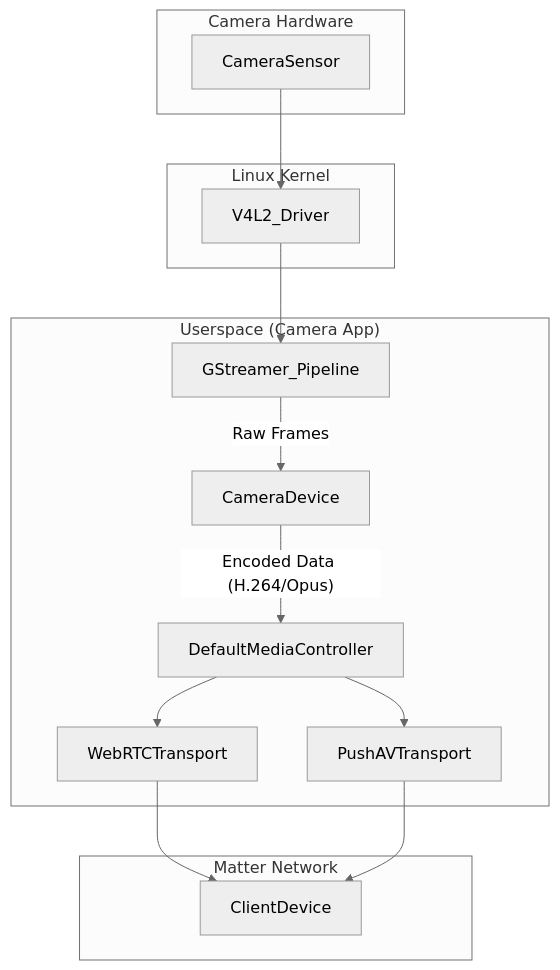
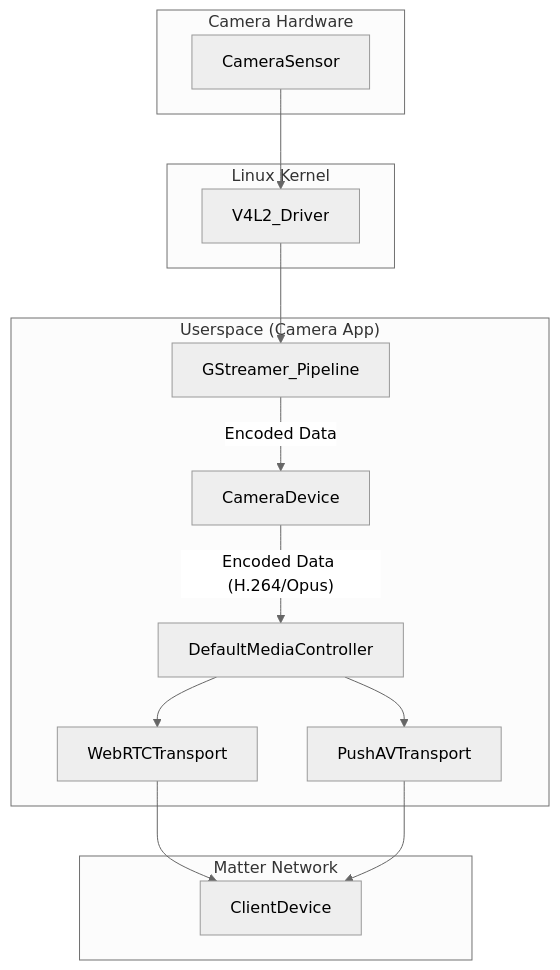
The fifth of 5 diagrams in examples/camera-app/linux/doc/camera-app-architecture.md (project-chip/connectedhomeip), drawn with Mermaid (neutral theme) before and after one commit. The commit also changed other lines of this file and 2 other files, not shown here.

````diff
--- a/examples/camera-app/linux/doc/camera-app-architecture.md
+++ b/examples/camera-app/linux/doc/camera-app-architecture.md
@@ -281,31 +398,31 @@
 ```mermaid
 graph TD
     subgraph "Camera Hardware"
         CameraSensor
     end
 
     subgraph "Linux Kernel"
         V4L2_Driver
     end
 
     subgraph "Userspace (Camera App)"
         GStreamer_Pipeline
         CameraDevice
         DefaultMediaController
         WebRTCTransport
         PushAVTransport
     end
 
     subgraph "Matter Network"
         ClientDevice
     end
 
     CameraSensor --> V4L2_Driver
     V4L2_Driver --> GStreamer_Pipeline
-    GStreamer_Pipeline -- Raw Frames --> CameraDevice
+    GStreamer_Pipeline -- Encoded Data --> CameraDevice
     CameraDevice -- Encoded Data (H.264/Opus) --> DefaultMediaController
     DefaultMediaController --> WebRTCTransport
     DefaultMediaController --> PushAVTransport
     WebRTCTransport --> ClientDevice
     PushAVTransport --> ClientDevice
 ```
````
